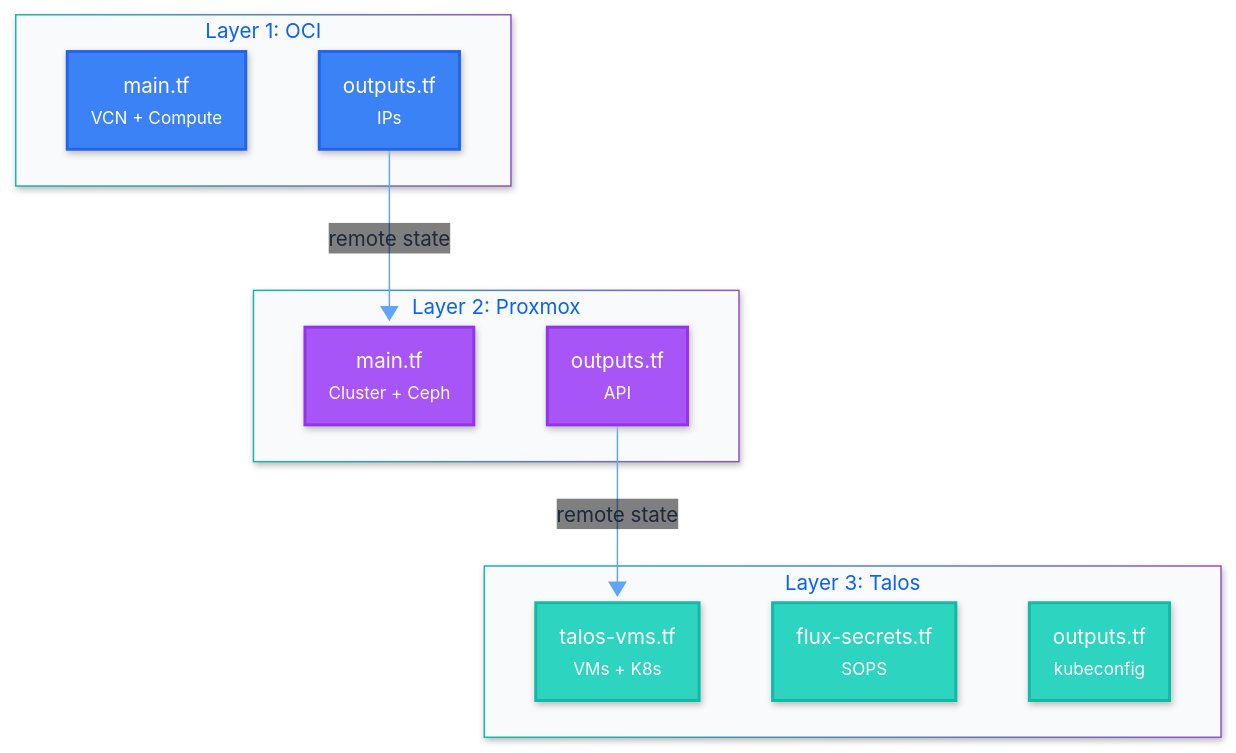
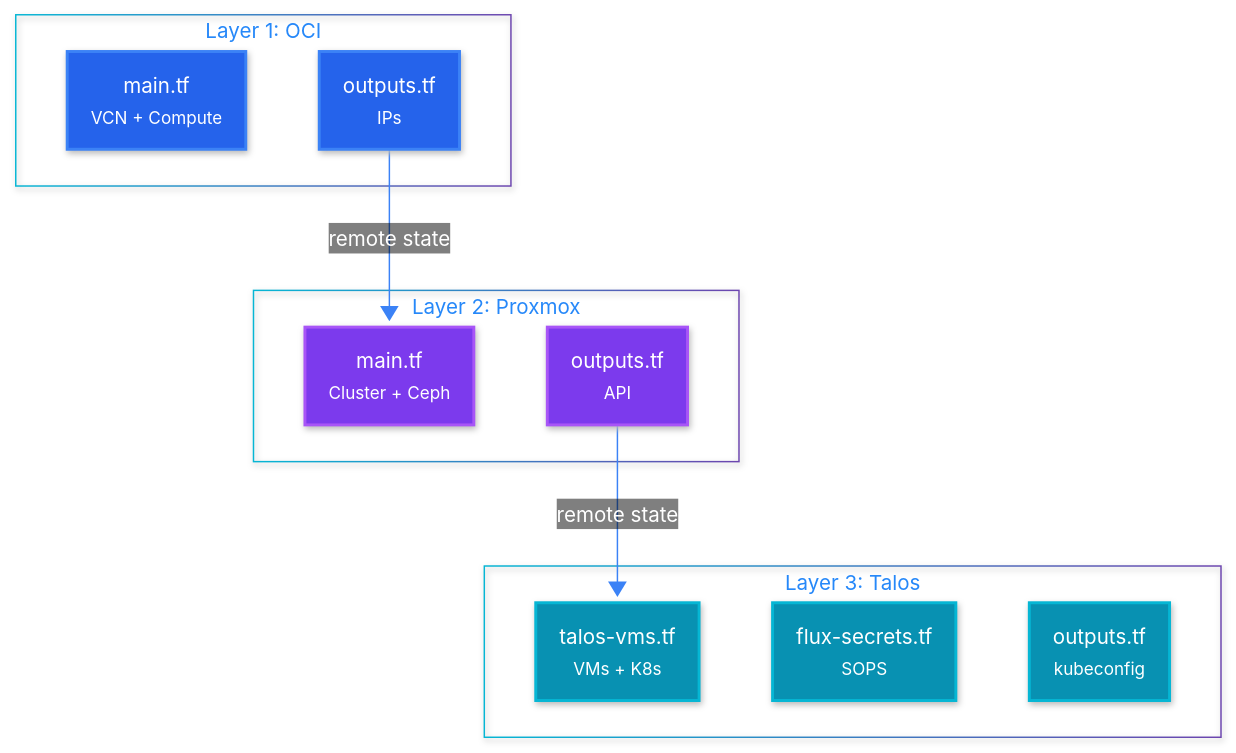
Before and after one commit to syscode-labs/oci-free-tier-manager: the tenth of 18 diagrams in docs/ARCHITECTURE-DIAGRAMS.md, drawn with Mermaid. The commit also changed other lines of this file and 1 other file, not shown here.

First line of the commit message:
fix: complete diagram color overhaul for light/dark theme compatibility

````diff
--- a/docs/ARCHITECTURE-DIAGRAMS.md
+++ b/docs/ARCHITECTURE-DIAGRAMS.md
@@ -638,67 +638,67 @@
 ```mermaid
 ---
 config:
   look: neo
   theme: base
   themeVariables:
-    primaryColor: "#2dd4bf"
-    primaryTextColor: "#1e293b"
-    primaryBorderColor: "#14b8a6"
-    secondaryColor: "#a855f7"
-    tertiaryColor: "#f59e0b"
+    primaryColor: "#0891b2"
+    primaryTextColor: "#ffffff"
+    primaryBorderColor: "#06b6d4"
+    secondaryColor: "#7c3aed"
+    tertiaryColor: "#d97706"
     background: "transparent"
     mainBkg: "transparent"
-    secondBkg: "#f1f5f9"
-    lineColor: "#60a5fa"
-    border1: "#60a5fa"
-    border2: "#60a5fa"
-    arrowheadColor: "#60a5fa"
+    secondBkg: "transparent"
+    lineColor: "#3b82f6"
+    border1: "#3b82f6"
+    border2: "#3b82f6"
+    arrowheadColor: "#3b82f6"
     fontFamily: "arial"
     fontSize: "14px"
     labelBackground: "transparent"
-    textColor: "#64748b"
-    nodeBorder: "#60a5fa"
-    clusterBkg: "#f8fafc"
-    clusterBorder: "#60a5fa"
+    textColor: "#94a3b8"
+    nodeBorder: "#3b82f6"
+    clusterBkg: "transparent"
+    clusterBorder: "#3b82f6"
     edgeLabelBackground: "transparent"
-    actorBorder: "#60a5fa"
-    actorBkg: "#e0f2fe"
-    actorTextColor: "#1e293b"
-    actorLineColor: "#60a5fa"
-    signalColor: "#60a5fa"
-    signalTextColor: "#1e293b"
-    labelBoxBkgColor: "#e0f2fe"
-    labelBoxBorderColor: "#60a5fa"
-    labelTextColor: "#1e293b"
+    actorBorder: "#3b82f6"
+    actorBkg: "#0891b2"
+    actorTextColor: "#ffffff"
+    actorLineColor: "#3b82f6"
+    signalColor: "#3b82f6"
+    signalTextColor: "#ffffff"
+    labelBoxBkgColor: "#0891b2"
+    labelBoxBorderColor: "#3b82f6"
+    labelTextColor: "#ffffff"
   flowchart:
     useMaxWidth: true
     htmlLabels: true
     curve: basis
 ---
 flowchart TB
     subgraph L1["Layer 1: OCI"]
         OCI_Main["main.tf<br/><small>VCN + Compute</small>"]
         OCI_Out["outputs.tf<br/><small>IPs</small>"]
     end
     
     subgraph L2["Layer 2: Proxmox"]
         PVE_Main["main.tf<br/><small>Cluster + Ceph</small>"]
         PVE_Out["outputs.tf<br/><small>API</small>"]
     end
     
     subgraph L3["Layer 3: Talos"]
         K8s_Main["talos-vms.tf<br/><small>VMs + K8s</small>"]
         K8s_Secret["flux-secrets.tf<br/><small>SOPS</small>"]
         K8s_Out["outputs.tf<br/><small>kubeconfig</small>"]
     end
     
     OCI_Out -->|remote state| PVE_Main
     PVE_Out -->|remote state| K8s_Main
     
-    classDef layer1 fill:#3b82f6,stroke:#2563eb,stroke-width:2px,color:#fff
-    classDef layer2 fill:#a855f7,stroke:#9333ea,stroke-width:2px,color:#fff
-    classDef layer3 fill:#2dd4bf,stroke:#14b8a6,stroke-width:2px,color:#fff
+    classDef layer1 fill:#2563eb,stroke:#3b82f6,stroke-width:2px,color:#fff
+    classDef layer2 fill:#7c3aed,stroke:#a855f7,stroke-width:2px,color:#fff
+    classDef layer3 fill:#0891b2,stroke:#06b6d4,stroke-width:2px,color:#fff
     class OCI_Main,OCI_Out layer1
     class PVE_Main,PVE_Out layer2
     class K8s_Main,K8s_Secret,K8s_Out layer3
 ```
````
